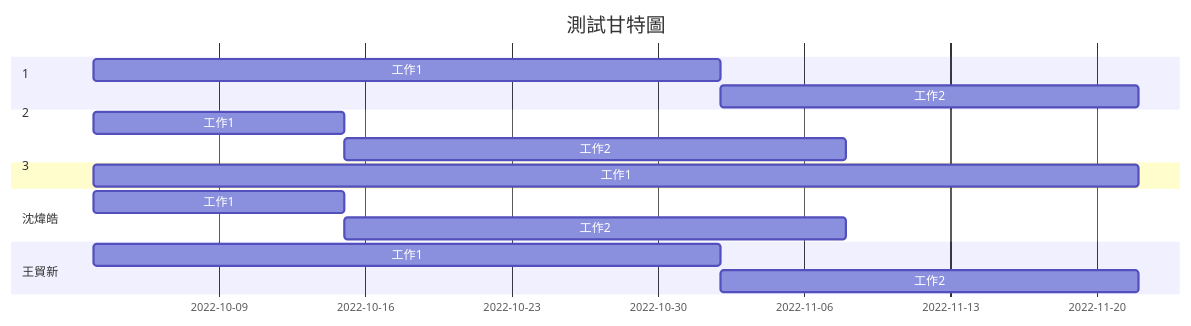
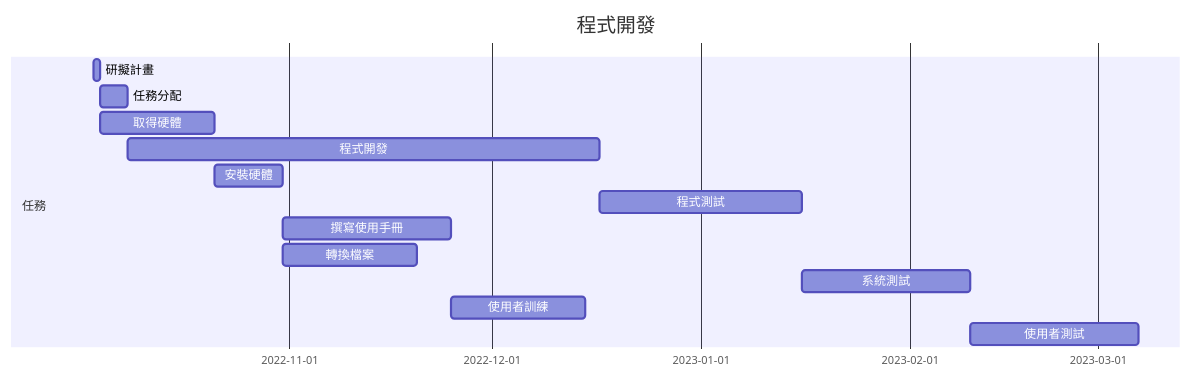
The diagram in hw2.md (Shen-Wei-Hao/2022-3a), drawn with Mermaid before and after one commit. The commit also changed other lines of this file, not shown here.

````diff
--- a/hw2.md
+++ b/hw2.md
@@ -18,23 +20,17 @@
 ```mermaid
 gantt
-    title 測試甘特圖
-
-    section 沈煒皓
-    工作1 :a1, 2022-10-03, 30d
-    工作2 :after a1  , 20d
+    title 程式開發
     
-    section 王貿新
-    工作1 :2022-10-03  , 12d
-    工作2 : 24d
-    
-    section 1
-    工作1 :2022-10-03, 50d
-    
-    section 2
-    工作1 :2022-10-03  , 12d
-    工作2 : 24d
-    
-    section 3
-    工作1 :a1, 2022-10-03, 30d
-    工作2 :after a1  , 20d
+    section 任務
+    研擬計畫:a1, 2022-10-03,1d
+    任務分配:a2, after a1,4d
+    取得硬體:a3, after a1,17d
+    程式開發:a4, after a2,70d
+    安裝硬體:a5, after a3,10d
+    程式測試:a6, after a4,30d
+    撰寫使用手冊:a7, after a5,25d
+    轉換檔案:a8, after a5,20d
+    系統測試:a9, after a6,25d
+    使用者訓練:a10, after a7 a8,20d
+    使用者測試:a11, after a9 a10,25d
 ```
````
